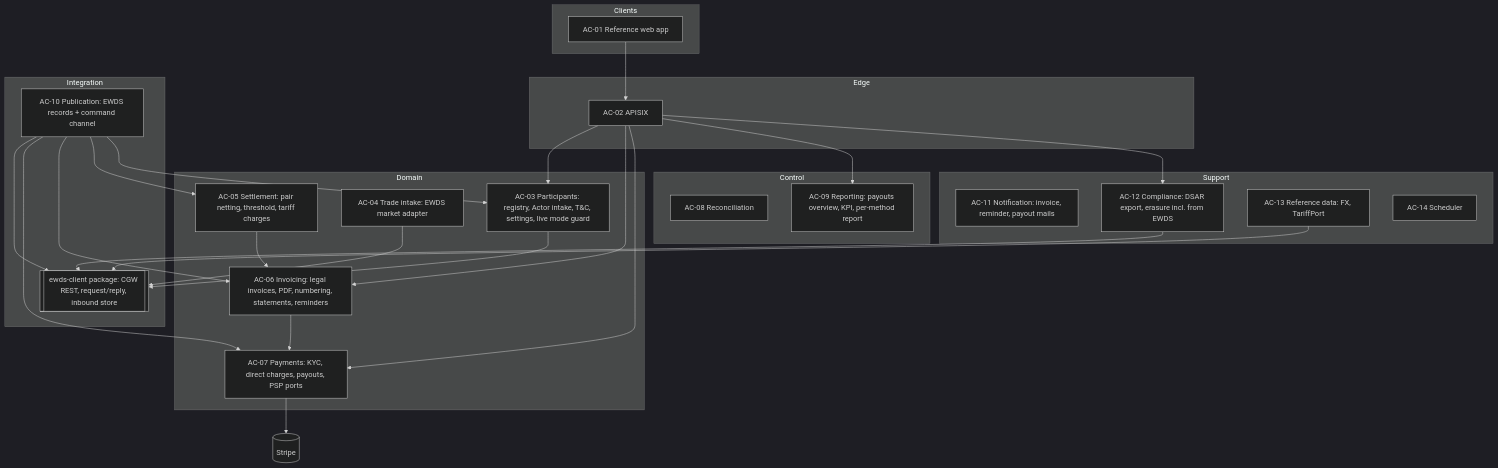
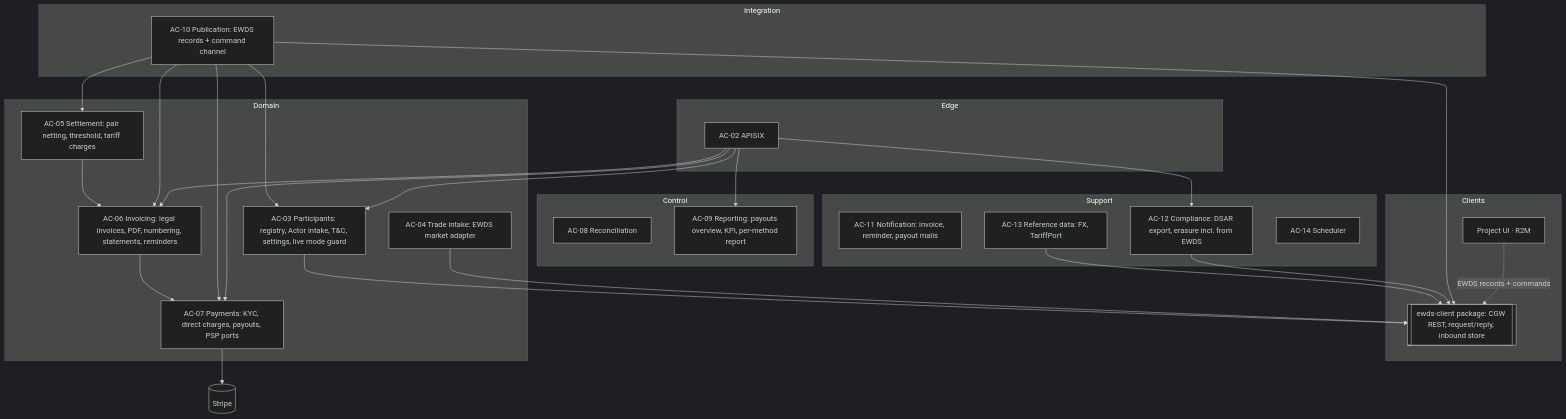
The first of 7 diagrams in docs/architecture/03-application-architecture.md (blooo-io/intelligent-eu-bps-source), drawn with Mermaid (dark theme) before and after one commit. The commit also changed other lines of this file and 61 other files, not shown here.

````diff
--- a/docs/architecture/03-application-architecture.md
+++ b/docs/architecture/03-application-architecture.md
@@ -58,40 +58,40 @@
 ```mermaid
 %% elk %%
 flowchart TB
   subgraph Clients
-    WEB[AC-01 Reference web app]
+    R2M[Project UI · R2M] -. EWDS records + commands .-> EWC
   end
   subgraph Edge
     GW[AC-02 APISIX]
   end
   subgraph Domain
     PART[AC-03 Participants: registry, Actor intake, T&C, settings, live mode guard]
     TIN[AC-04 Trade intake: EWDS market adapter]
     SET[AC-05 Settlement: pair netting, threshold, tariff charges]
     INV[AC-06 Invoicing: legal invoices, PDF, numbering, statements, reminders]
     PAY[AC-07 Payments: KYC, direct charges, payouts, PSP ports]
   end
   subgraph Control
     REC[AC-08 Reconciliation]
     RPT[AC-09 Reporting: payouts overview, KPI, per-method report]
   end
   subgraph Integration
     PUB[AC-10 Publication: EWDS records + command channel]
     EWC[[ewds-client package: CGW REST, request/reply, inbound store]]
   end
   subgraph Support
     NOT[AC-11 Notification: invoice, reminder, payout mails]
     CMP[AC-12 Compliance: DSAR export, erasure incl. from EWDS]
     REF[AC-13 Reference data: FX, TariffPort]
     SCH[AC-14 Scheduler]
   end
-  WEB --> GW --> PART & INV & PAY & RPT & CMP
+  GW --> PART & INV & PAY & RPT & CMP
   TIN --> EWC
   PUB --> EWC
   PART --> EWC
   CMP --> EWC
   REF --> EWC
   PUB --> PAY & INV & SET & PART
   SET --> INV --> PAY
   PAY --> STRIPE[(Stripe)]
 ```
````
